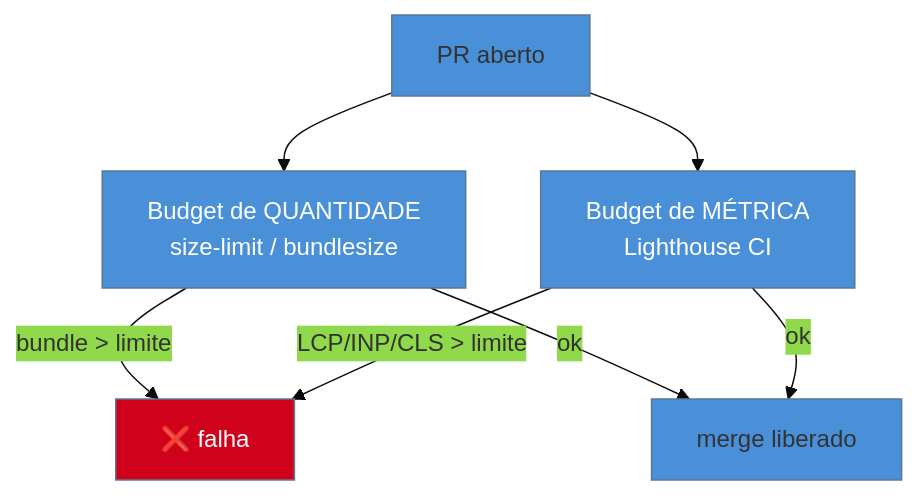
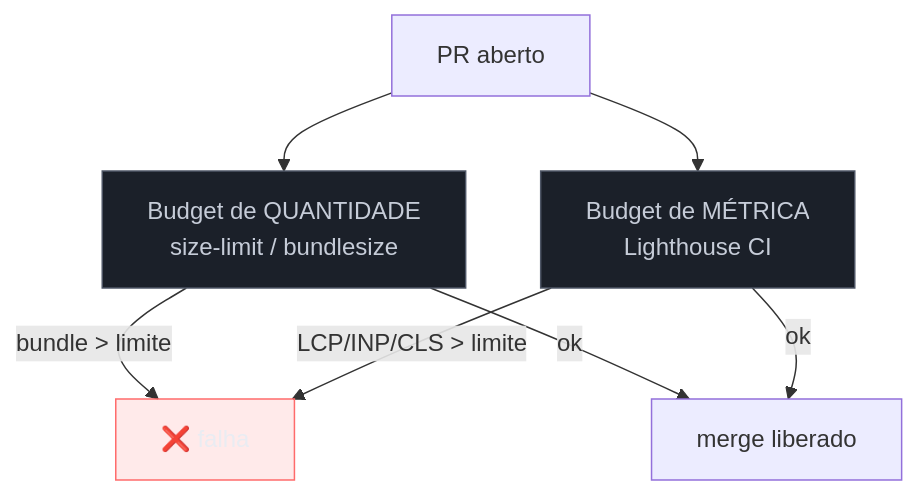
One commit to josenaldo/codex-technomanticus changed the diagram in 03-Dominios/Tecnologia/Web Performance/Performance em Produção/02 - Budgets no pipeline.md. Above: the diagram before and after it, drawn with Mermaid. The commit also changed 1181 other files, not shown here.

First line of the commit message:
fix(diagramas): paleta do sistema no lugar de cor cravada no markdown

````diff
--- a/03-Dominios/Tecnologia/Web Performance/Performance em Produção/02 - Budgets no pipeline.md
+++ b/03-Dominios/Tecnologia/Web Performance/Performance em Produção/02 - Budgets no pipeline.md
@@ -29,13 +29,14 @@
 ```mermaid
-%%{init: {"theme": "base", "themeVariables": {"primaryColor": "#4A90D9"}}}%%
 graph TB
+    classDef neutro fill:#1B2029,stroke:#4E5666,color:#C6CCD8
+    classDef falha fill:#FF6B6B24,stroke:#FF6B6B,color:#E9ECF2
     A[PR aberto] --> B["Budget de QUANTIDADE<br/>size-limit / bundlesize"]
     A --> C["Budget de MÉTRICA<br/>Lighthouse CI"]
     B -->|bundle > limite| D[❌ falha]
     C -->|LCP/INP/CLS > limite| D
     B -->|ok| E[merge liberado]
     C -->|ok| E
-    style B fill:#4A90D9,color:#fff
-    style C fill:#4A90D9,color:#fff
-    style D fill:#D0021B,color:#fff
+    class B neutro
+    class C neutro
+    class D falha
 ```
````
